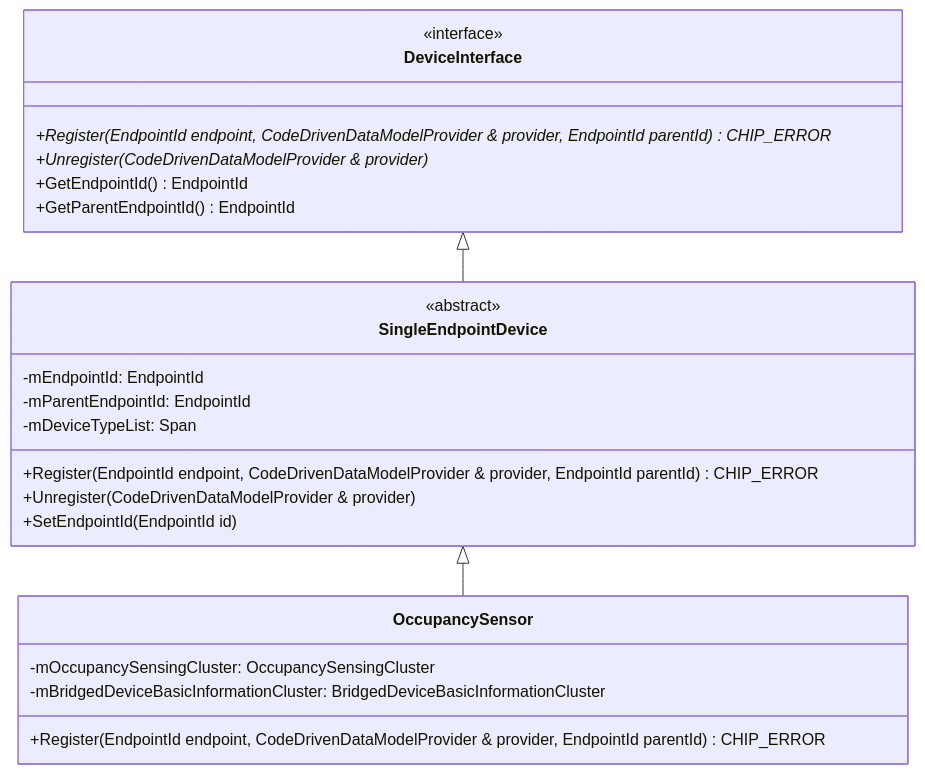
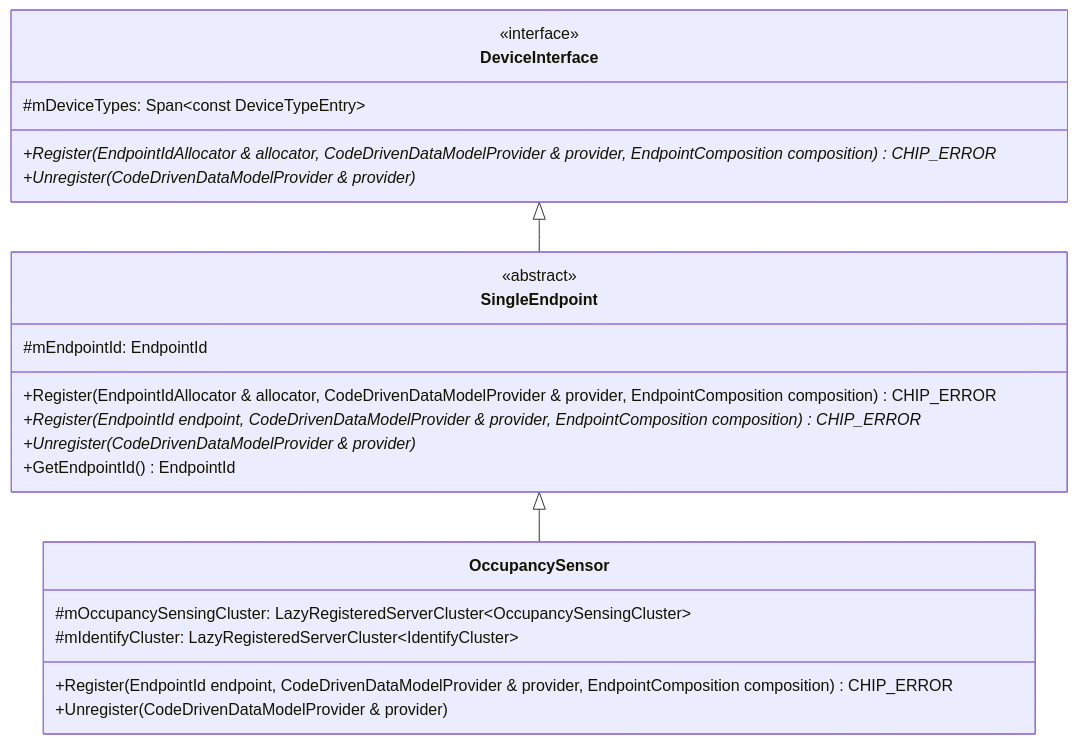
The second of 3 diagrams in examples/all-devices-app/docs/architecture.md (project-chip/connectedhomeip), drawn with Mermaid before and after one commit. The commit also changed other lines of this file and 158 other files, not shown here.

````diff
--- a/examples/all-devices-app/docs/architecture.md
+++ b/examples/all-devices-app/docs/architecture.md
@@ -80,29 +86,28 @@
 ```mermaid
 classDiagram
     class DeviceInterface {
         <<interface>>
-        +Register(EndpointId endpoint, CodeDrivenDataModelProvider & provider, EndpointId parentId)* CHIP_ERROR
+        #mDeviceTypes: Span~const DeviceTypeEntry~
+        +Register(EndpointIdAllocator & allocator, CodeDrivenDataModelProvider & provider, EndpointComposition composition)* CHIP_ERROR
+        +Unregister(CodeDrivenDataModelProvider & provider)*
+    }
+
+    class SingleEndpoint {
+        <<abstract>>
+        #mEndpointId: EndpointId
+        +Register(EndpointIdAllocator & allocator, CodeDrivenDataModelProvider & provider, EndpointComposition composition) CHIP_ERROR
+        +Register(EndpointId endpoint, CodeDrivenDataModelProvider & provider, EndpointComposition composition)* CHIP_ERROR
         +Unregister(CodeDrivenDataModelProvider & provider)*
         +GetEndpointId() EndpointId
-        +GetParentEndpointId() EndpointId
-    }
-
-    class SingleEndpointDevice {
-        <<abstract>>
-        -mEndpointId: EndpointId
-        -mParentEndpointId: EndpointId
-        -mDeviceTypeList: Span<DeviceTypeDescriptor>
-        +Register(EndpointId endpoint, CodeDrivenDataModelProvider & provider, EndpointId parentId) CHIP_ERROR
-        +Unregister(CodeDrivenDataModelProvider & provider)
-        +SetEndpointId(EndpointId id)
     }
 
     class OccupancySensor {
-        -mOccupancySensingCluster: OccupancySensingCluster
-        -mBridgedDeviceBasicInformationCluster: BridgedDeviceBasicInformationCluster
-        +Register(EndpointId endpoint, CodeDrivenDataModelProvider & provider, EndpointId parentId) CHIP_ERROR
+        #mOccupancySensingCluster: LazyRegisteredServerCluster~OccupancySensingCluster~
+        #mIdentifyCluster: LazyRegisteredServerCluster~IdentifyCluster~
+        +Register(EndpointId endpoint, CodeDrivenDataModelProvider & provider, EndpointComposition composition) CHIP_ERROR
+        +Unregister(CodeDrivenDataModelProvider & provider)
     }
 
-    DeviceInterface <|-- SingleEndpointDevice
-    SingleEndpointDevice <|-- OccupancySensor
+    DeviceInterface <|-- SingleEndpoint
+    SingleEndpoint <|-- OccupancySensor
 ```
````
